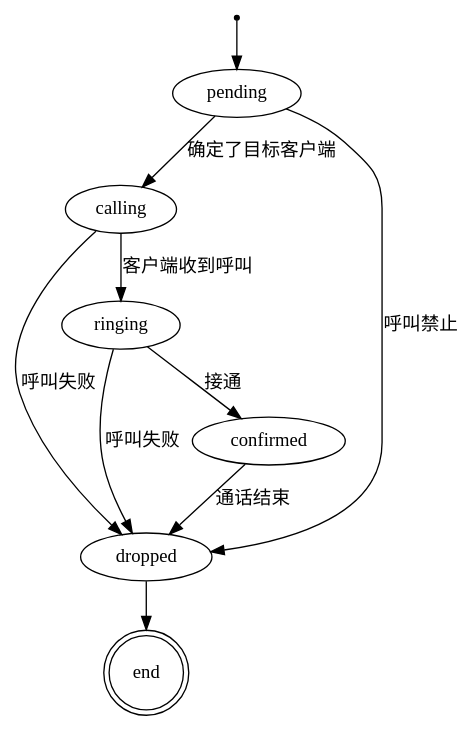
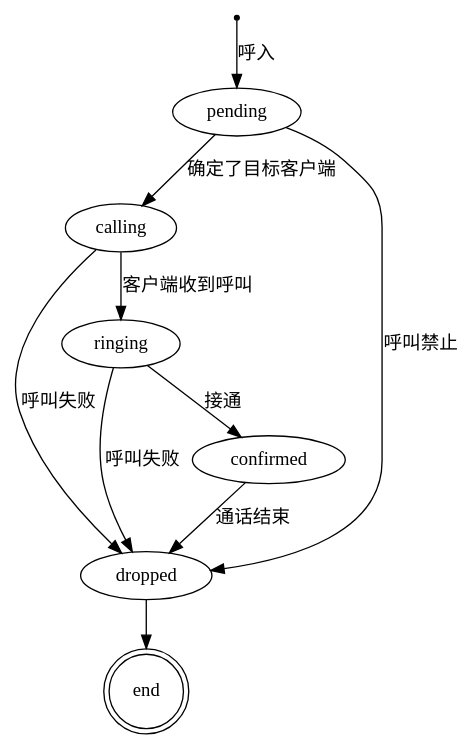
The diagram in docs/proc_incoming_call.rst (linkrtc/api_manual_zh), drawn with Graphviz before and after one commit. The commit also changed other lines of this file and 6 other files, not shown here.

```diff
--- a/docs/proc_incoming_call.rst
+++ b/docs/proc_incoming_call.rst
@@ -29,19 +29,19 @@
 .. digraph:: incoming_call_state
 
     begin [shape=point]
     end [shape=doublecircle]
 
-    begin -> pending [labeld="呼入"]
+    begin -> pending [label="呼入"]
 
     pending -> calling [label="确定了目标客户端"]
     pending -> dropped [label="呼叫禁止"]
 
     calling -> ringing [label="客户端收到呼叫"]
     calling -> dropped [label="呼叫失败"]
 
     ringing -> confirmed [label="接通"]
     ringing -> dropped [label="呼叫失败"]
 
     confirmed -> dropped [label="通话结束"]
 
     dropped -> end
```
